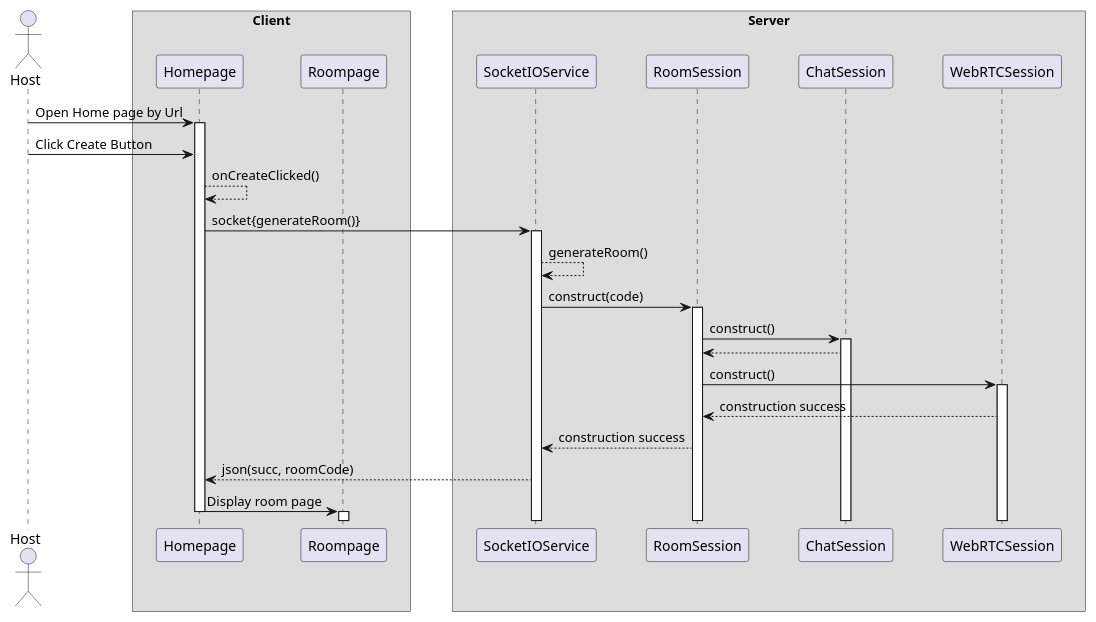
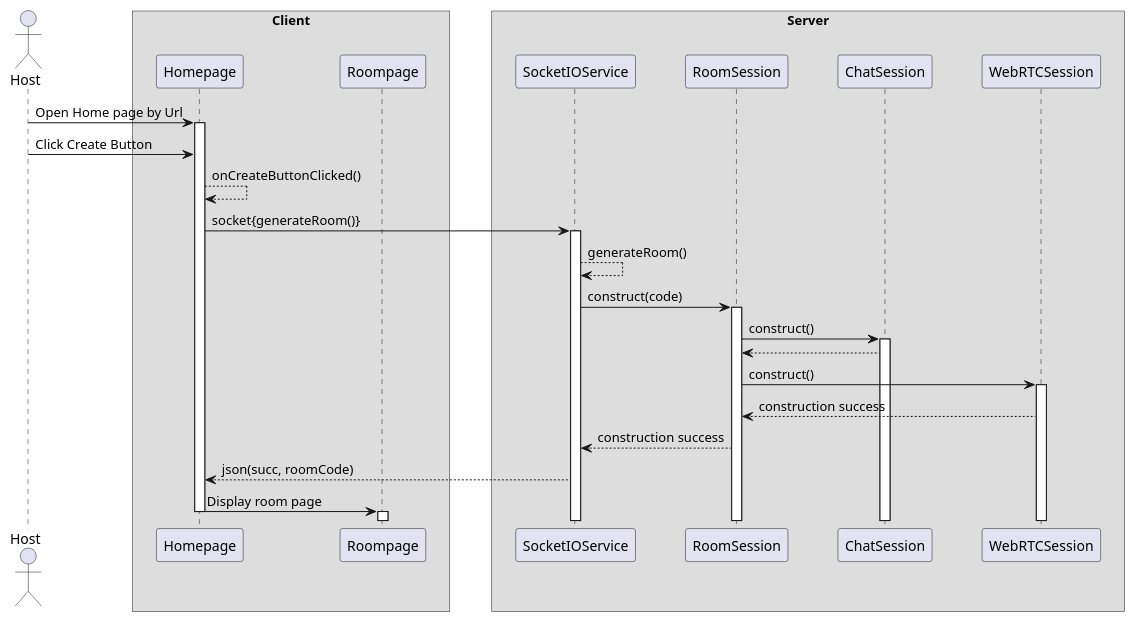
One commit to ducklin5/TTetris changed the diagram in docs/GenerateRoomSequence.puml. Above: the diagram before and after it, drawn with PlantUML. The commit also changed 38 other files, not shown here.

Commit message:
feat: compile preliminary design diagrams to pdf

```diff
--- a/docs/GenerateRoomSequence.puml
+++ b/docs/GenerateRoomSequence.puml
@@ -1,46 +1,46 @@
-@startuml GenerateRoom
+@startuml DisplayGenerateRoomSequence
 skinparam ParticipantPadding 20
 skinparam BoxPadding 20
 
 
 actor Host
 participant SocketIOService as SS
 participant RoomSession as RS
 
 box Client
     participant Homepage as HP
     participant Roompage as RP
 end box
 
 box Server
     participant SocketService as SS
     participant RoomSession as RS
     participant ChatSession as CS
     participant WebRTCSession as WS
 end Box
 
 Host -> HP: Open Home page by Url
 activate HP
 Host -> HP: Click Create Button
-HP --> HP: onCreateClicked()
+HP --> HP: onCreateButtonClicked()
 HP -> SS: socket{generateRoom()}
 activate SS
 SS --> SS: generateRoom()
 SS -> RS: construct(code)
 activate RS
 RS -> CS: construct()
 activate CS
 CS --> RS
 RS -> WS: construct()
 activate WS
 WS --> RS : construction success
 RS --> SS : construction success
 SS --> HP: json(succ, roomCode)
 
 
 HP -> RP: Display room page
 deactivate HP
 activate RP
 
 
 @enduml
```
